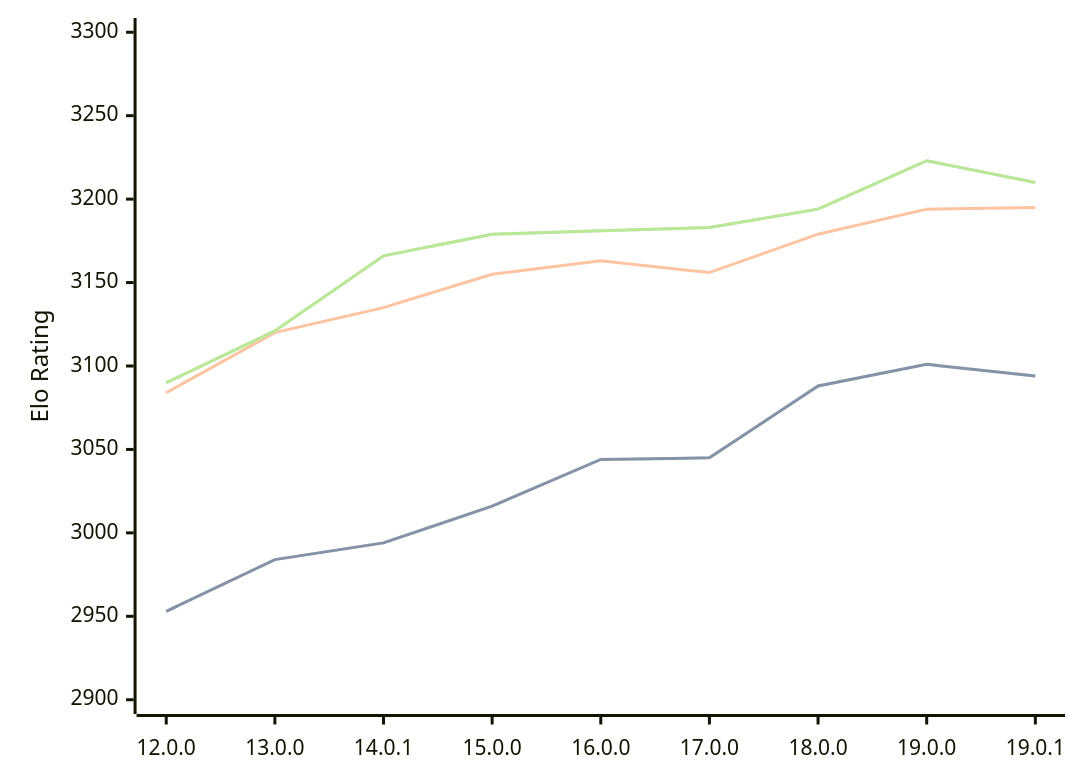
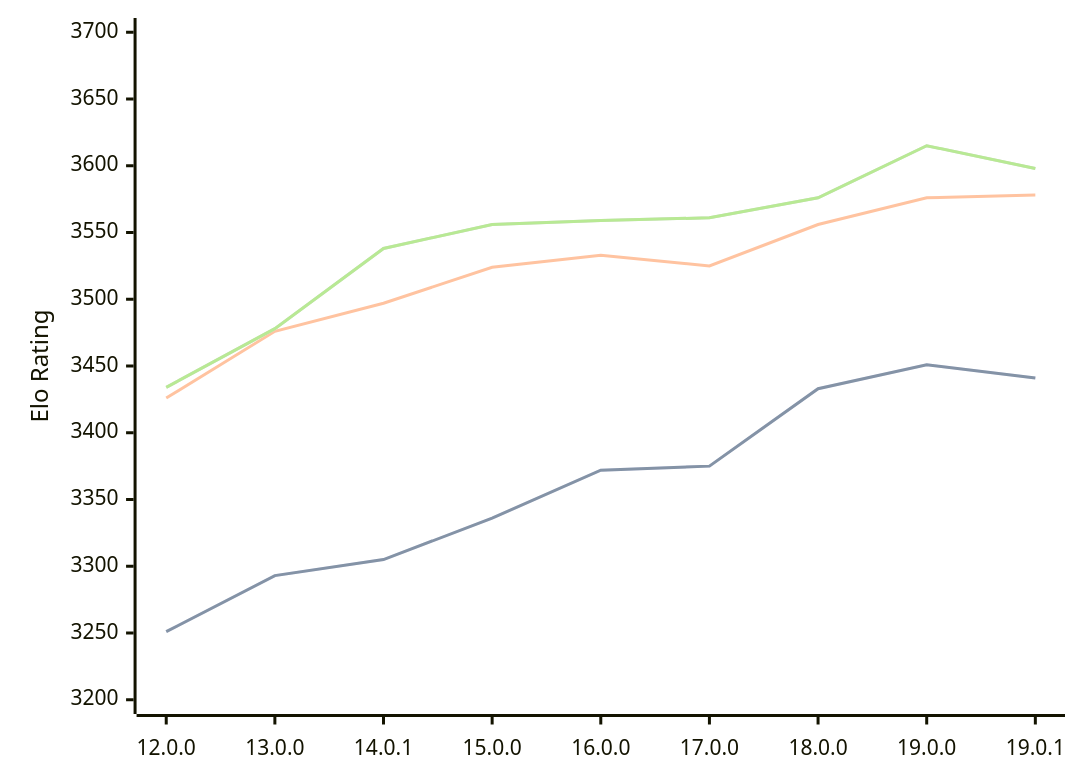
One commit to computer-chess-index/cci changed the diagram in engines/Viridithas.md. Above: the diagram before and after it, drawn with Mermaid. The commit also changed other lines of this file, not shown here.

Commit message:
Update CCI Ratings (ELO VLTC) - 2026-02-24

````diff
--- a/engines/Viridithas.md
+++ b/engines/Viridithas.md
@@ -60,11 +61,11 @@
 ```mermaid
 %%{init: {"theme":"base","themeVariables":{"seriesColors:['#a3a3a3','#222221','#faa371']}}}%%
 xychart-beta
   x-axis ["12.0.0", "13.0.0", "14.0.1", "15.0.0", "16.0.0", "17.0.0", "18.0.0", "19.0.0", "19.0.1"]
-  y-axis "Elo Rating" 2900 --> 3300
-  line "STC (8.0+0.08s)" [2953, 2984, 2994, 3016, 3044, 3045, 3088, 3101, 3094]
-  line "STC (8.0+0.08s)" [2953, 2984, 2994, 3016, 3044, 3045, 3088, 3101, 3094]
-  line "LTC (60.0+0.60s)" [3084, 3120, 3135, 3155, 3163, 3156, 3179, 3194, 3195]
-  line "VLTC (2m24s+1.12s)" [3090, 3121, 3166, 3179, 3181, 3183, 3194, 3223, 3210]
-  line "VLTC (2m24s+1.12s)" [3090, 3121, 3166, 3179, 3181, 3183, 3194, 3223, 3210]
+  y-axis "Elo Rating" 3200 --> 3700
+  line "STC (8.0+0.08s)" [3251, 3293, 3305, 3336, 3372, 3375, 3433, 3451, 3441]
+  line "STC (8.0+0.08s)" [3251, 3293, 3305, 3336, 3372, 3375, 3433, 3451, 3441]
+  line "LTC (60.0+0.60s)" [3426, 3476, 3497, 3524, 3533, 3525, 3556, 3576, 3578]
+  line "VLTC (2m24s+1.12s)" [3434, 3478, 3538, 3556, 3559, 3561, 3576, 3615, 3598]
+  line "VLTC (2m24s+1.12s)" [3434, 3478, 3538, 3556, 3559, 3561, 3576, 3615, 3598]
 ```
````
